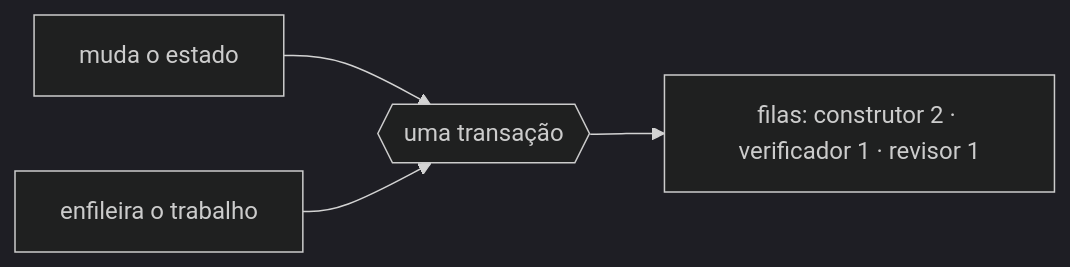
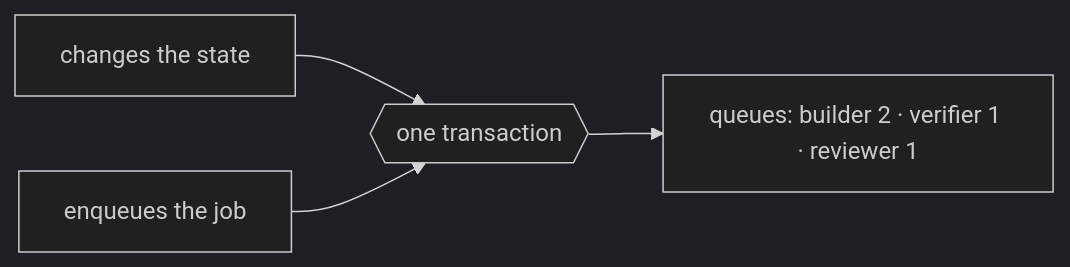
The diagram in docs/tasks/en/E5-parallelism-and-fault-tolerance/FAB-502-durable-queue-in-the-database.md (enzoconsulo/factory-tcc), drawn with Mermaid (dark theme) before and after one commit. The commit also changed 52 other files, not shown here.

````diff
--- a/docs/tasks/en/E5-parallelism-and-fault-tolerance/FAB-502-durable-queue-in-the-database.md
+++ b/docs/tasks/en/E5-parallelism-and-fault-tolerance/FAB-502-durable-queue-in-the-database.md
@@ -11,6 +11,6 @@
 ```mermaid
 flowchart LR
-  E["muda o estado"] --> T{{"uma transação"}}
-  J["enfileira o trabalho"] --> T
-  T --> F["filas: construtor 2 · verificador 1 · revisor 1"]
+  E["changes the state"] --> T{{"one transaction"}}
+  J["enqueues the job"] --> T
+  T --> F["queues: builder 2 · verifier 1 · reviewer 1"]
 ```
````
